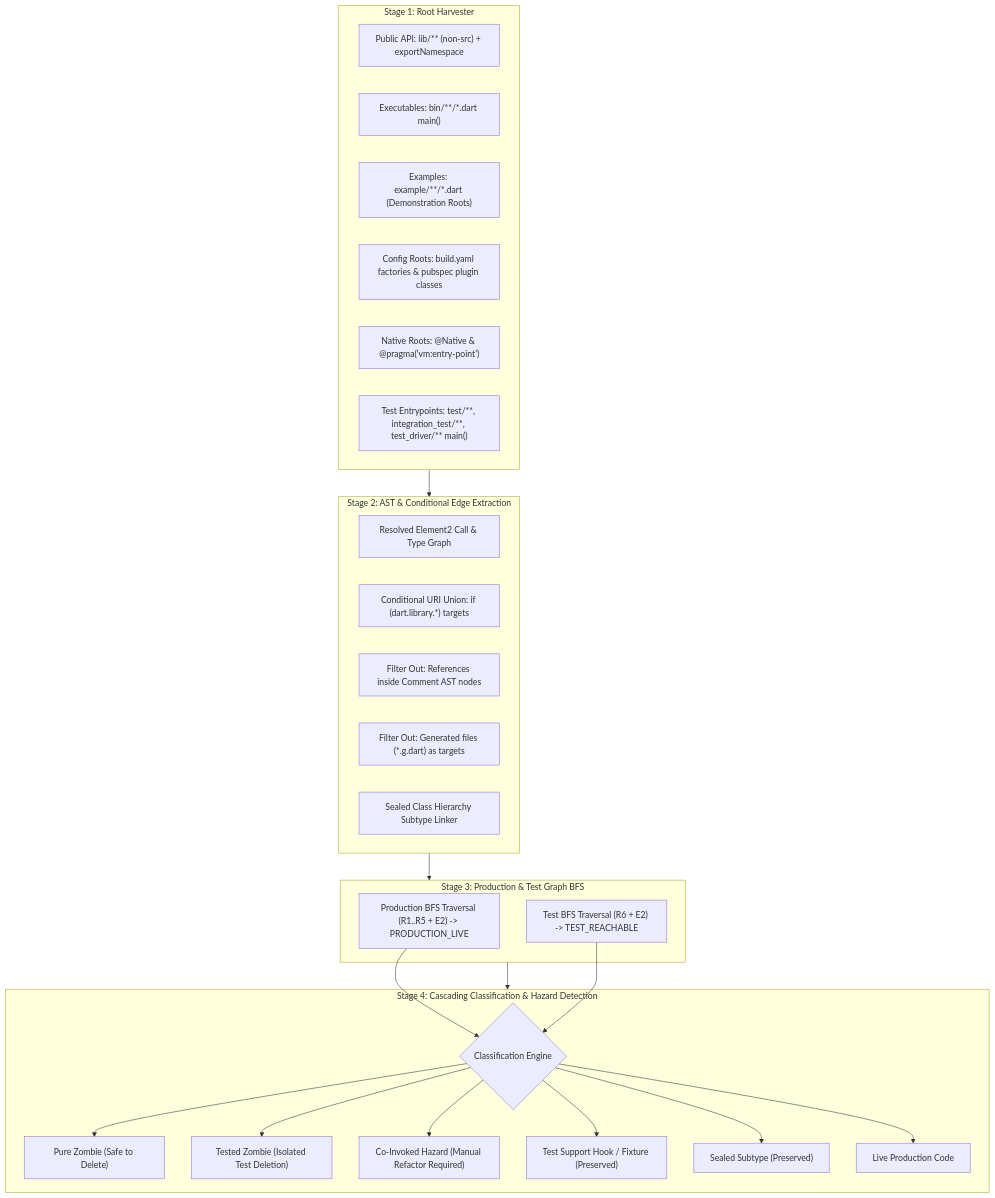
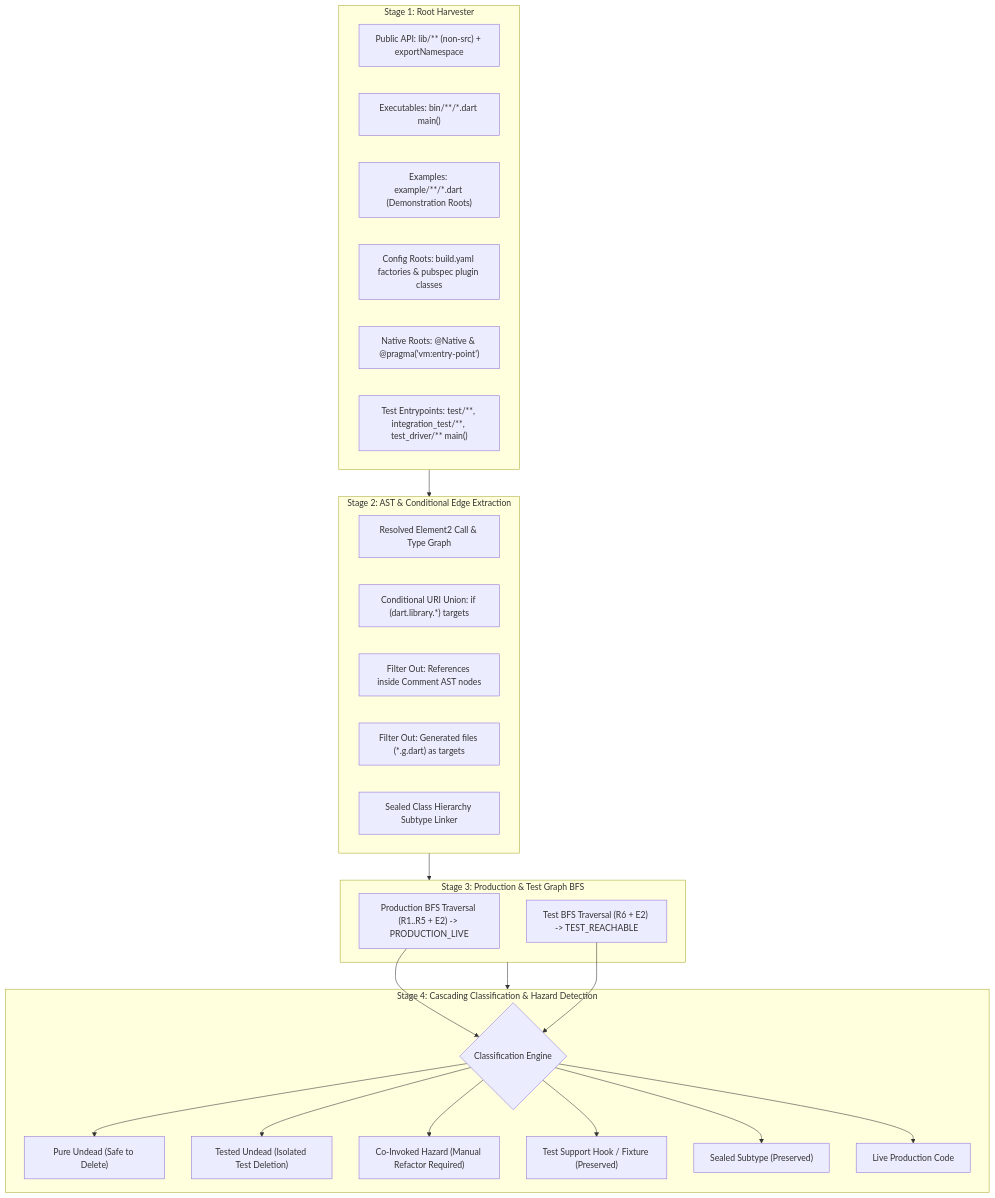
One commit to kevmoo/analytica.dart changed the diagram in packages/undead/doc/taxonomy.md. Above: the diagram before and after it, drawn with Mermaid. The commit also changed other lines of this file and 13 other files, not shown here.

First line of the commit message:
refactor(undead): purge all legacy zombie references and shims

````diff
--- a/packages/undead/doc/taxonomy.md
+++ b/packages/undead/doc/taxonomy.md
@@ -68,40 +68,40 @@
 ```mermaid
 flowchart TD
     subgraph Stage1 ["Stage 1: Root Harvester"]
         R1["Public API: lib/** (non-src) + exportNamespace"]
         R2["Executables: bin/**/*.dart main()"]
         R3["Examples: example/**/*.dart (Demonstration Roots)"]
         R4["Config Roots: build.yaml factories & pubspec plugin classes"]
         R5["Native Roots: @Native & @pragma('vm:entry-point')"]
         R6["Test Entrypoints: test/**, integration_test/**, test_driver/** main()"]
     end
 
     subgraph Stage2 ["Stage 2: AST & Conditional Edge Extraction"]
         E1["Resolved Element2 Call & Type Graph"]
         E2["Conditional URI Union: if (dart.library.*) targets"]
         E3["Filter Out: References inside Comment AST nodes"]
         E4["Filter Out: Generated files (*.g.dart) as targets"]
         E5["Sealed Class Hierarchy Subtype Linker"]
     end
 
     subgraph Stage3 ["Stage 3: Production & Test Graph BFS"]
         P_BFS["Production BFS Traversal (R1..R5 + E2) -> PRODUCTION_LIVE"]
         T_BFS["Test BFS Traversal (R6 + E2) -> TEST_REACHABLE"]
     end
 
     subgraph Stage4 ["Stage 4: Cascading Classification & Hazard Detection"]
         Classify{"Classification Engine"}
         P_BFS --> Classify
         T_BFS --> Classify
-        Classify --> Pure["Pure Zombie (Safe to Delete)"]
-        Classify --> Tested["Tested Zombie (Isolated Test Deletion)"]
+        Classify --> Pure["Pure Undead (Safe to Delete)"]
+        Classify --> Tested["Tested Undead (Isolated Test Deletion)"]
         Classify --> CoInvoked["Co-Invoked Hazard (Manual Refactor Required)"]
         Classify --> TestSupport["Test Support Hook / Fixture (Preserved)"]
         Classify --> SealedLive["Sealed Subtype (Preserved)"]
         Classify --> Live["Live Production Code"]
     end
 
     Stage1 --> Stage2
     Stage2 --> Stage3
     Stage3 --> Stage4
 ```
````
